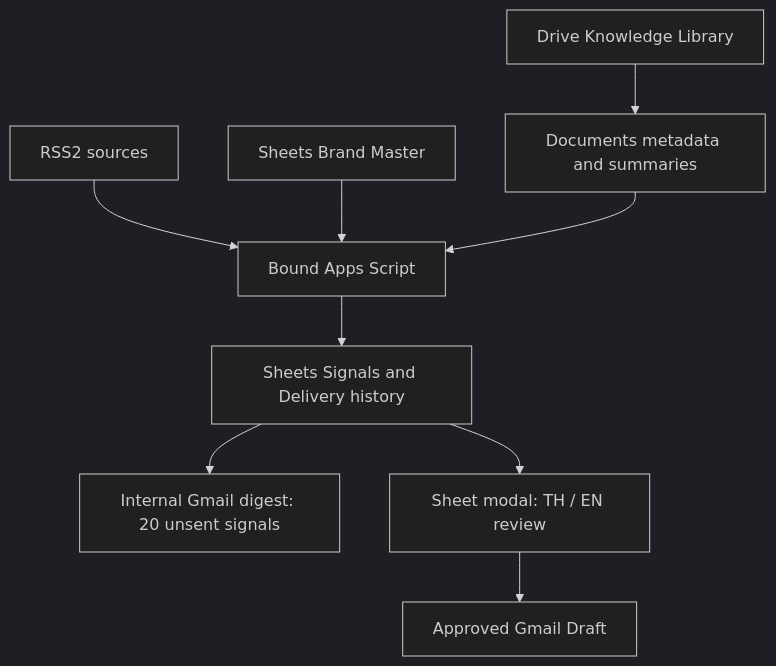
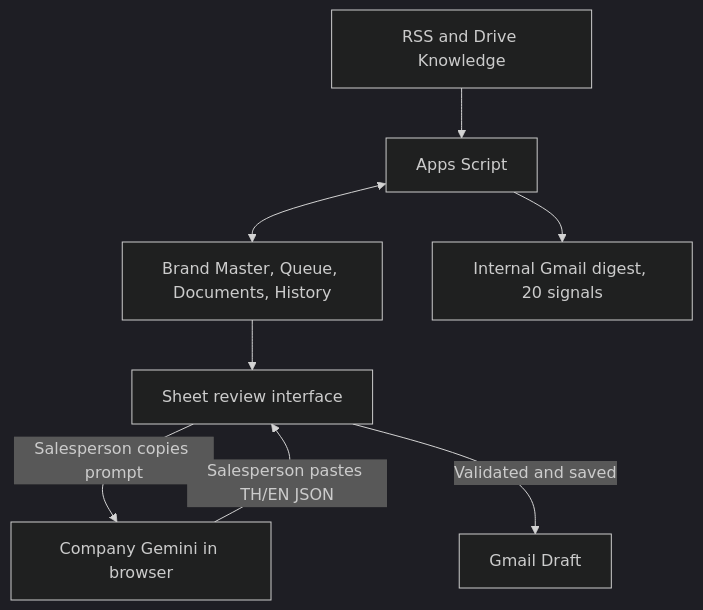
One commit to oransxt/AI-Sales-Radar changed the diagram in signalbridge/docs/ARCHITECTURE.md. Above: the diagram before and after it, drawn with Mermaid (dark theme). The commit also changed other lines of this file and 19 other files, not shown here.

Commit message:
Prepare SignalBridge 2.3 company Gemini browser workflow and production installation

````diff
--- a/signalbridge/docs/ARCHITECTURE.md
+++ b/signalbridge/docs/ARCHITECTURE.md
@@ -7,11 +3,10 @@
 ```mermaid
 flowchart TD
-    RSS["RSS2 sources"] --> Script["Bound Apps Script"]
-    Master["Sheets Brand Master"] --> Script
-    Drive["Drive Knowledge Library"] --> Index["Documents metadata and summaries"]
-    Index --> Script
-    Script --> Queue["Sheets Signals and Delivery history"]
-    Queue --> Digest["Internal Gmail digest: 20 unsent signals"]
-    Queue --> Review["Sheet modal: TH / EN review"]
-    Review --> Draft["Approved Gmail Draft"]
+    Sources["RSS and Drive Knowledge"] --> Script["Apps Script"]
+    Script <--> Sheets["Brand Master, Queue, Documents, History"]
+    Script --> Digest["Internal Gmail digest, 20 signals"]
+    Sheets --> Review["Sheet review interface"]
+    Review -->|"Salesperson copies prompt"| Gemini["Company Gemini in browser"]
+    Gemini -->|"Salesperson pastes TH/EN JSON"| Review
+    Review -->|"Validated and saved"| Draft["Gmail Draft"]
 ```
````
